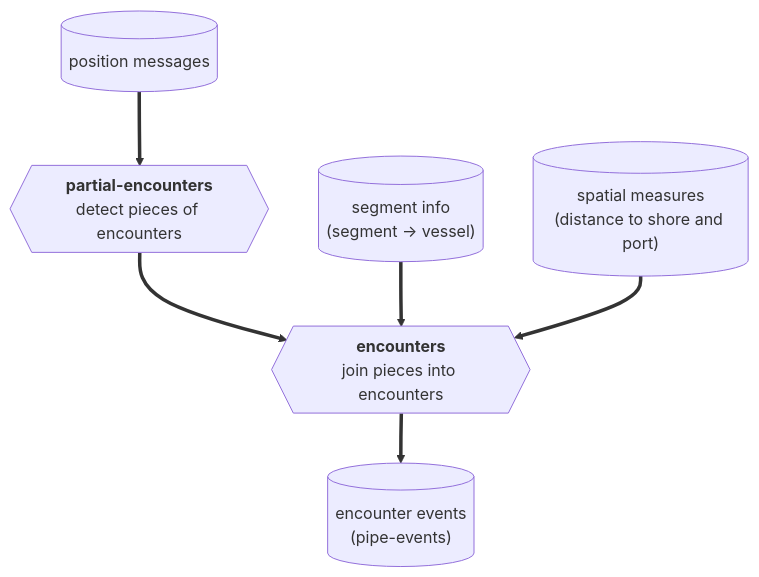
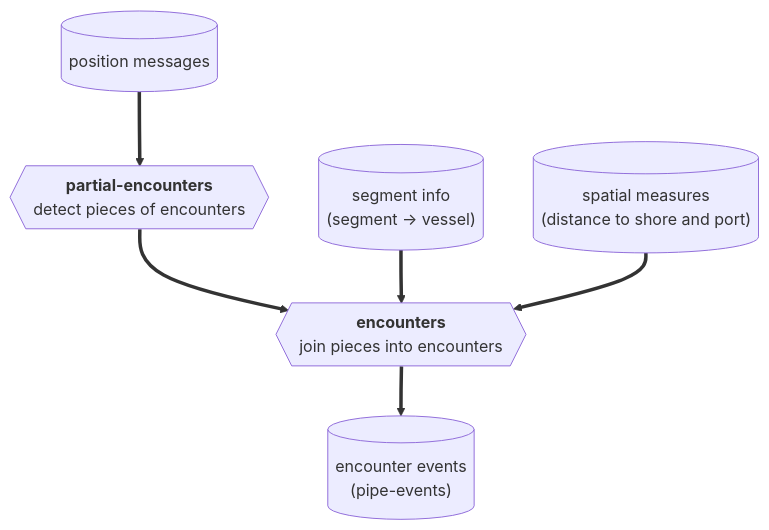
One commit to GlobalFishingWatch/pipe-encounters changed the diagram in README.md. Above: the diagram before and after it, drawn with Mermaid.

Commit message:
Also restore Mermaid's previous label wrapping in the README diagram
Rendered locally with both Mermaid versions: the classic look and the dagre
layout alone still left the nodes much taller than with Mermaid 11, because
Mermaid 12 wraps the labels at a narrower width. Adding wrappingWidth: 400
reproduces the Mermaid 11 rendering (same diagram and node sizes). The theme is
dropped: GitHub sets it anyway.

````diff
--- a/README.md
+++ b/README.md
@@ -77,19 +77,20 @@
 ```mermaid
 ---
 config:
   look: classic
-  theme: default
   layout: dagre
+  flowchart:
+    wrappingWidth: 400
 ---
 flowchart TD
     POS[("position messages")]
     SEG[("segment info<br/>(segment → vessel)")]
     SPM[("spatial measures<br/>(distance to shore and port)")]
     PE{{"<b>partial-encounters</b><br/>detect pieces of encounters"}}
     EN{{"<b>encounters</b><br/>join pieces into encounters"}}
     EV[("encounter events<br/>(pipe-events)")]
 
     POS ==> PE ==> EN ==> EV
     SEG ==> EN
     SPM ==> EN
 ```
````
